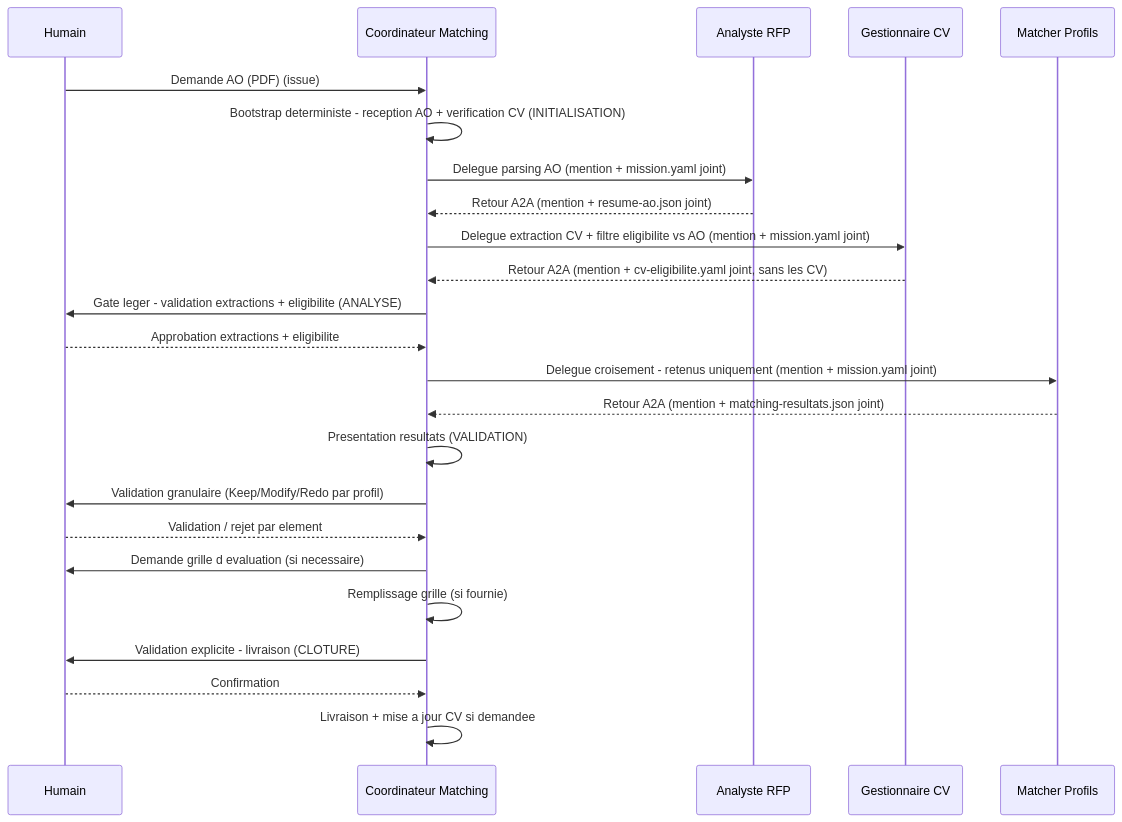
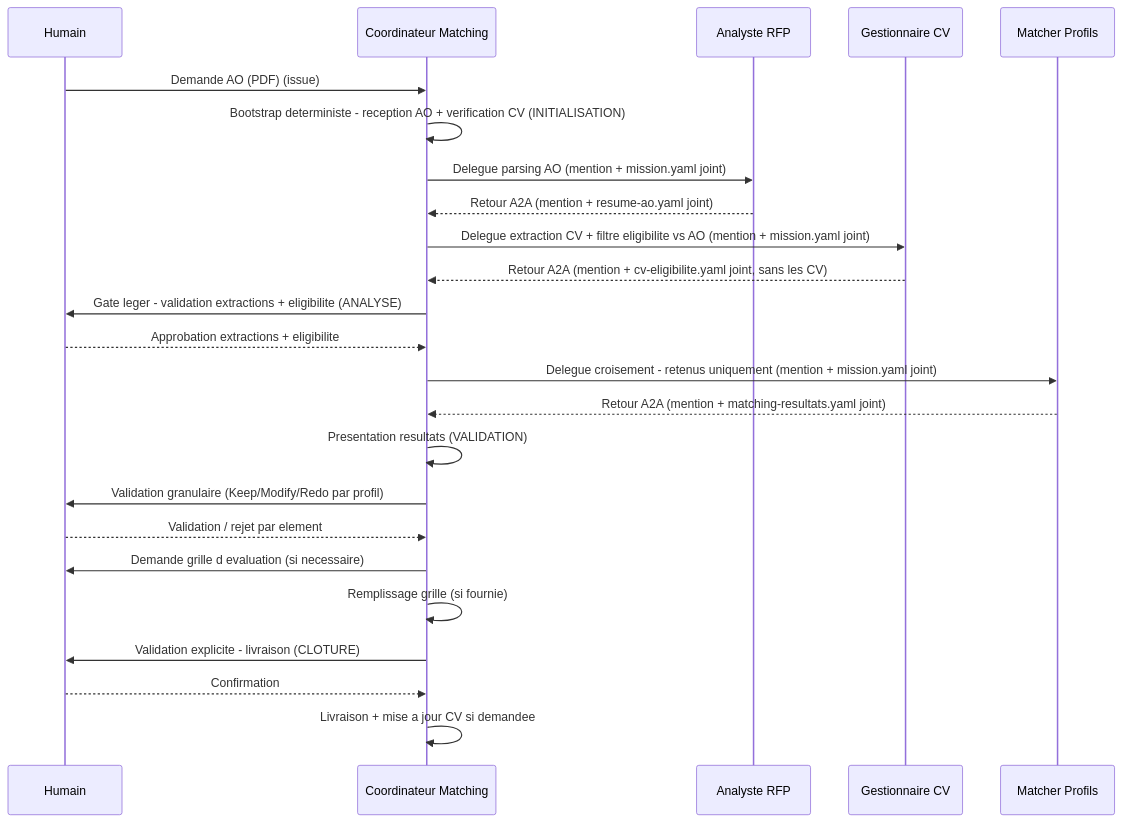
One commit to Gsyltc/homelab-portfolio changed the second of 2 diagrams in matching-cv-ao/common/conductor.md. Above: the diagram before and after it, drawn with Mermaid. The commit also changed other lines of this file and 28 other files, not shown here.

First line of the commit message:
matching-cv-ao: bascule exclusivement YAML de tous les artefacts restants (EXPE-85, ADR-0036)

````diff
--- a/matching-cv-ao/common/conductor.md
+++ b/matching-cv-ao/common/conductor.md
@@ -165,27 +165,27 @@
 ```mermaid
 sequenceDiagram
     participant H as Humain
     participant S as Coordinateur Matching
     participant A as Analyste RFP
     participant G as Gestionnaire CV
     participant M as Matcher Profils
 
     H->>S: Demande AO (PDF) (issue)
     S->>S: Bootstrap deterministe - reception AO + verification CV (INITIALISATION)
     S->>A: Delegue parsing AO (mention + mission.yaml joint)
-    A-->>S: Retour A2A (mention + resume-ao.json joint)
+    A-->>S: Retour A2A (mention + resume-ao.yaml joint)
     S->>G: Delegue extraction CV + filtre eligibilite vs AO (mention + mission.yaml joint)
     G-->>S: Retour A2A (mention + cv-eligibilite.yaml joint, sans les CV)
     S->>H: Gate leger - validation extractions + eligibilite (ANALYSE)
     H-->>S: Approbation extractions + eligibilite
     S->>M: Delegue croisement - retenus uniquement (mention + mission.yaml joint)
-    M-->>S: Retour A2A (mention + matching-resultats.json joint)
+    M-->>S: Retour A2A (mention + matching-resultats.yaml joint)
     S->>S: Presentation resultats (VALIDATION)
     S->>H: Validation granulaire (Keep/Modify/Redo par profil)
     H-->>S: Validation / rejet par element
     S->>H: Demande grille d evaluation (si necessaire)
     S->>S: Remplissage grille (si fournie)
     S->>H: Validation explicite - livraison (CLOTURE)
     H-->>S: Confirmation
     S->>S: Livraison + mise a jour CV si demandee
 ```
````
